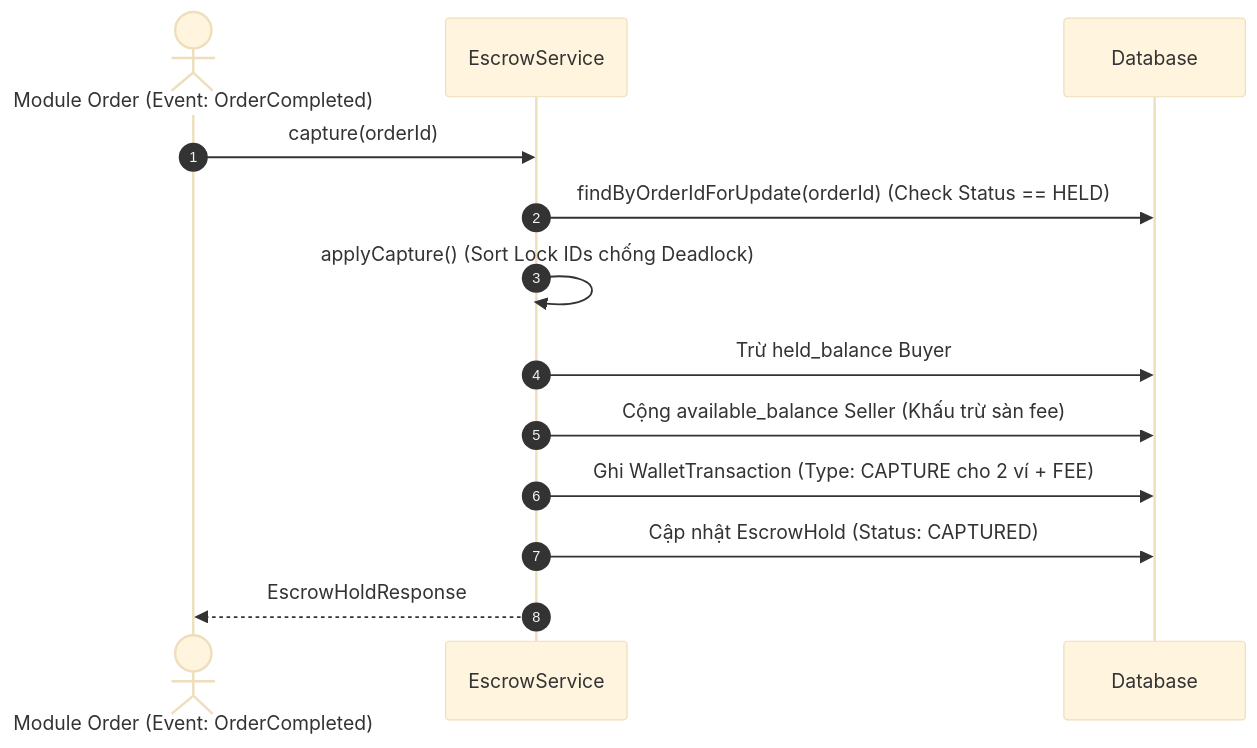
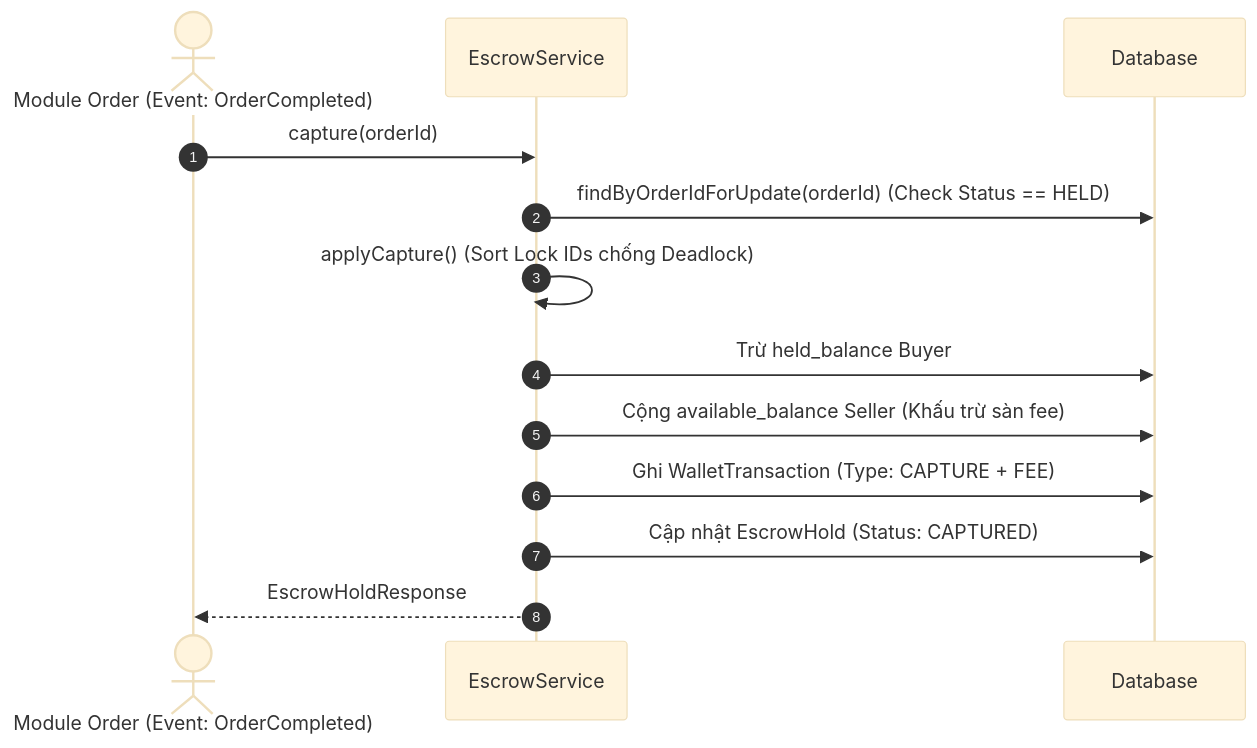
The fifth of 7 diagrams in docs/architecture/wallet-architecture.md (Qt159/Moldy-Market), drawn with Mermaid (base theme) before and after one commit. The commit also changed other lines of this file and 54 other files, not shown here.

````diff
--- a/docs/architecture/wallet-architecture.md
+++ b/docs/architecture/wallet-architecture.md
@@ -158,16 +226,16 @@
 ```mermaid
 sequenceDiagram
     autonumber
     actor OrderMod as Module Order (Event: OrderCompleted)
     participant EscrowSvc as EscrowService
     participant DB as Database
 
     OrderMod->>EscrowSvc: capture(orderId)
     EscrowSvc->>DB: findByOrderIdForUpdate(orderId) (Check Status == HELD)
     EscrowSvc->>EscrowSvc: applyCapture() (Sort Lock IDs chống Deadlock)
     EscrowSvc->>DB: Trừ held_balance Buyer
     EscrowSvc->>DB: Cộng available_balance Seller (Khấu trừ sàn fee)
-    EscrowSvc->>DB: Ghi WalletTransaction (Type: CAPTURE cho 2 ví + FEE)
+    EscrowSvc->>DB: Ghi WalletTransaction (Type: CAPTURE + FEE)
     EscrowSvc->>DB: Cập nhật EscrowHold (Status: CAPTURED)
     EscrowSvc-->>OrderMod: EscrowHoldResponse
 ```
````
